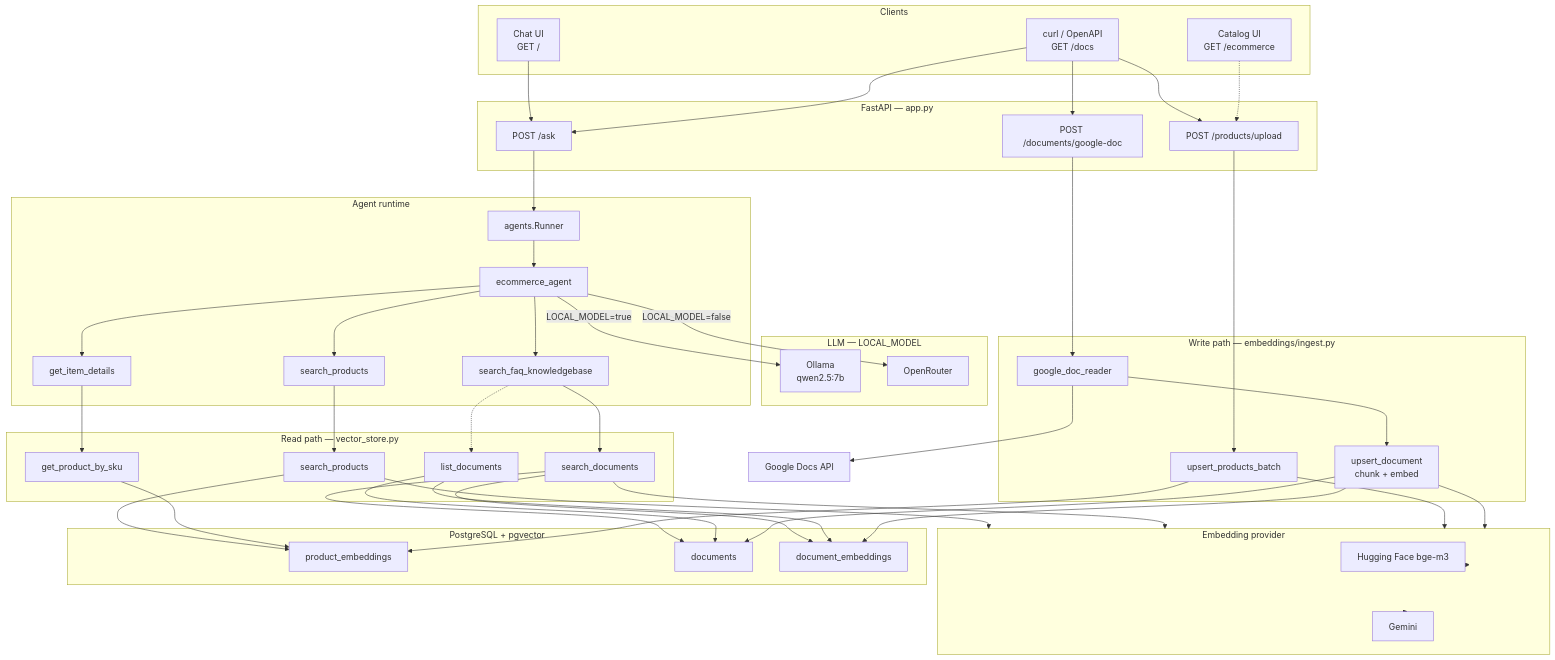
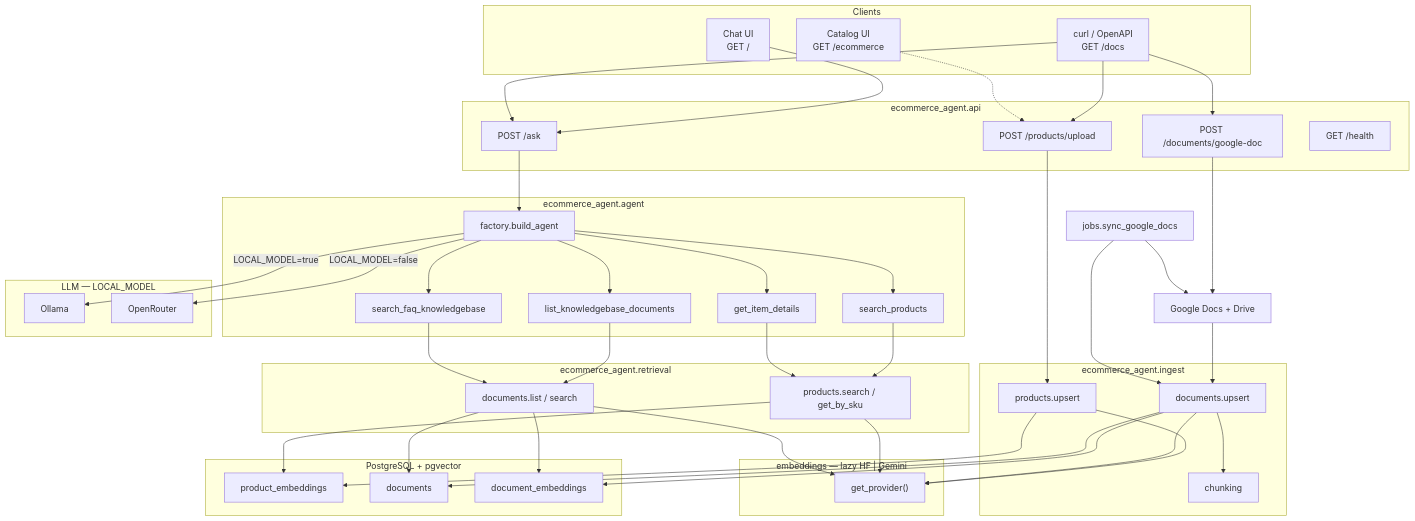
Before and after one commit to JJTorresDS/ecommerce-agent: the first of 4 diagrams in architecture.md, drawn with Mermaid. The commit also changed other lines of this file and 54 other files, not shown here.

Commit message:
implemented new modular architecture

````diff
--- a/architecture.md
+++ b/architecture.md
@@ -5,82 +7,81 @@
 ```mermaid
 flowchart TB
     subgraph Clients
         ChatUI["Chat UI<br/>GET /"]
         CatalogUI["Catalog UI<br/>GET /ecommerce"]
         Curl["curl / OpenAPI<br/>GET /docs"]
     end
 
-    subgraph FastAPI["FastAPI — app.py"]
+    subgraph FastAPI["ecommerce_agent.api"]
         Ask["POST /ask"]
         Upload["POST /products/upload"]
         GDocEP["POST /documents/google-doc"]
+        Health["GET /health"]
     end
 
-    subgraph AgentRuntime["Agent runtime"]
-        Runner["agents.Runner"]
-        Agent["ecommerce_agent"]
+    subgraph AgentRuntime["ecommerce_agent.agent"]
+        Factory["factory.build_agent"]
+        TList["list_knowledgebase_documents"]
         TSearch["search_products"]
         TSku["get_item_details"]
         TFaq["search_faq_knowledgebase"]
     end
 
     subgraph LLM["LLM — LOCAL_MODEL"]
-        Ollama["Ollama<br/>qwen2.5:7b"]
+        Ollama["Ollama"]
         OpenRouter["OpenRouter"]
     end
 
-    subgraph WritePath["Write path — embeddings/ingest.py"]
-        UpsertP["upsert_products_batch"]
-        UpsertD["upsert_document<br/>chunk + embed"]
-        Reader["google_doc_reader"]
+    subgraph WritePath["ecommerce_agent.ingest"]
+        UpsertP["products.upsert"]
+        UpsertD["documents.upsert"]
+        Chunk["chunking"]
     end
 
-    subgraph ReadPath["Read path — vector_store.py"]
-        SearchP["search_products"]
-        GetSku["get_product_by_sku"]
-        SearchD["search_documents"]
-        ListD["list_documents"]
+    subgraph ReadPath["ecommerce_agent.retrieval"]
+        SearchP["products.search / get_by_sku"]
+        SearchD["documents.list / search"]
     end
 
-    subgraph Embed["Embedding provider"]
-        HF["Hugging Face bge-m3"]
-        Gemini["Gemini"]
+    subgraph Embed["embeddings — lazy HF | Gemini"]
+        Provider["get_provider()"]
     end
 
     subgraph Store["PostgreSQL + pgvector"]
         Products["product_embeddings"]
         Docs["documents"]
         Chunks["document_embeddings"]
     end
 
-    GDocs["Google Docs API"]
+    GDocs["Google Docs + Drive"]
+    Job["jobs.sync_google_docs"]
 
     ChatUI --> Ask
     Curl --> Ask
     Curl --> Upload
     Curl --> GDocEP
     CatalogUI -.-> Upload
 
-    Ask --> Runner --> Agent
-    Agent -->|"LOCAL_MODEL=true"| Ollama
-    Agent -->|"LOCAL_MODEL=false"| OpenRouter
-    Agent --> TSearch & TSku & TFaq
+    Ask --> Factory
+    Factory -->|"LOCAL_MODEL=true"| Ollama
+    Factory -->|"LOCAL_MODEL=false"| OpenRouter
+    Factory --> TList & TFaq & TSearch & TSku
 
     TSearch --> SearchP
-    TSku --> GetSku
+    TSku --> SearchP
+    TList --> SearchD
     TFaq --> SearchD
-    TFaq -.-> ListD
 
     Upload --> UpsertP
-    GDocEP --> Reader --> GDocs
-    Reader --> UpsertD
+    GDocEP --> GDocs --> UpsertD
+    UpsertD --> Chunk
+    Job --> GDocs
+    Job --> UpsertD
 
-    SearchP & GetSku --> Products
-    SearchD & ListD --> Docs & Chunks
+    SearchP --> Products
+    SearchD --> Docs & Chunks
     UpsertP --> Products
     UpsertD --> Docs & Chunks
 
-    SearchP & SearchD & UpsertP & UpsertD --> Embed
-    Embed --> HF
-    Embed --> Gemini
+    SearchP & SearchD & UpsertP & UpsertD --> Provider
 ```
````
